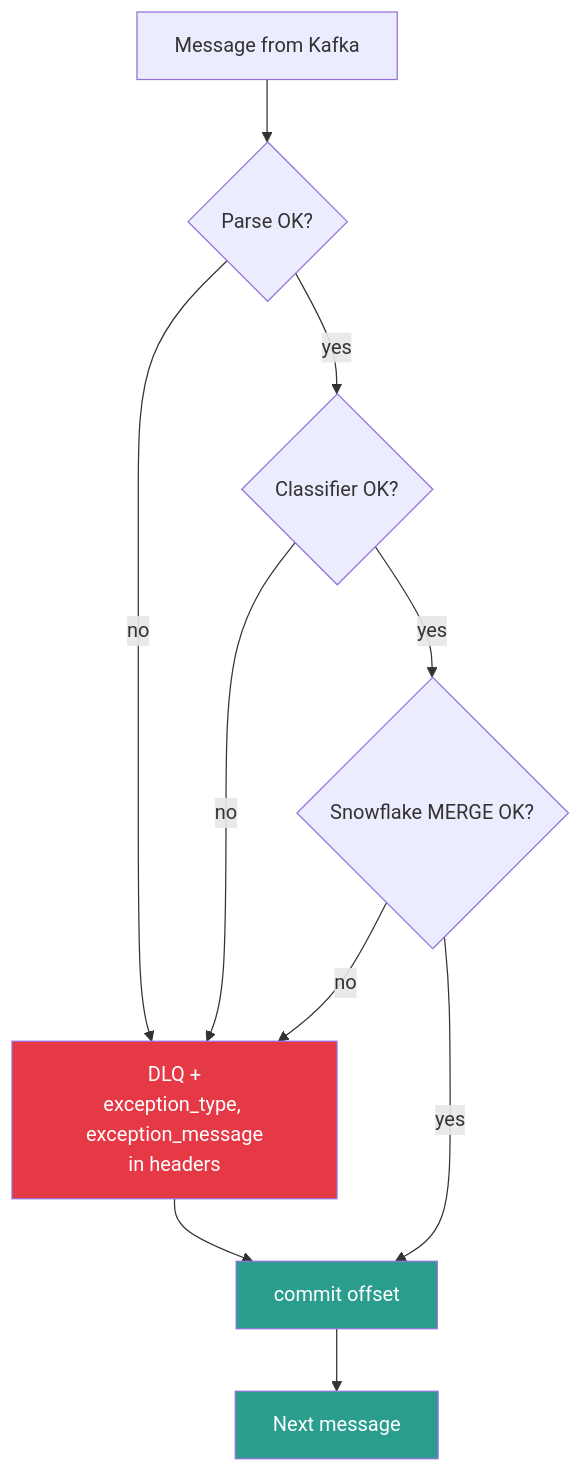
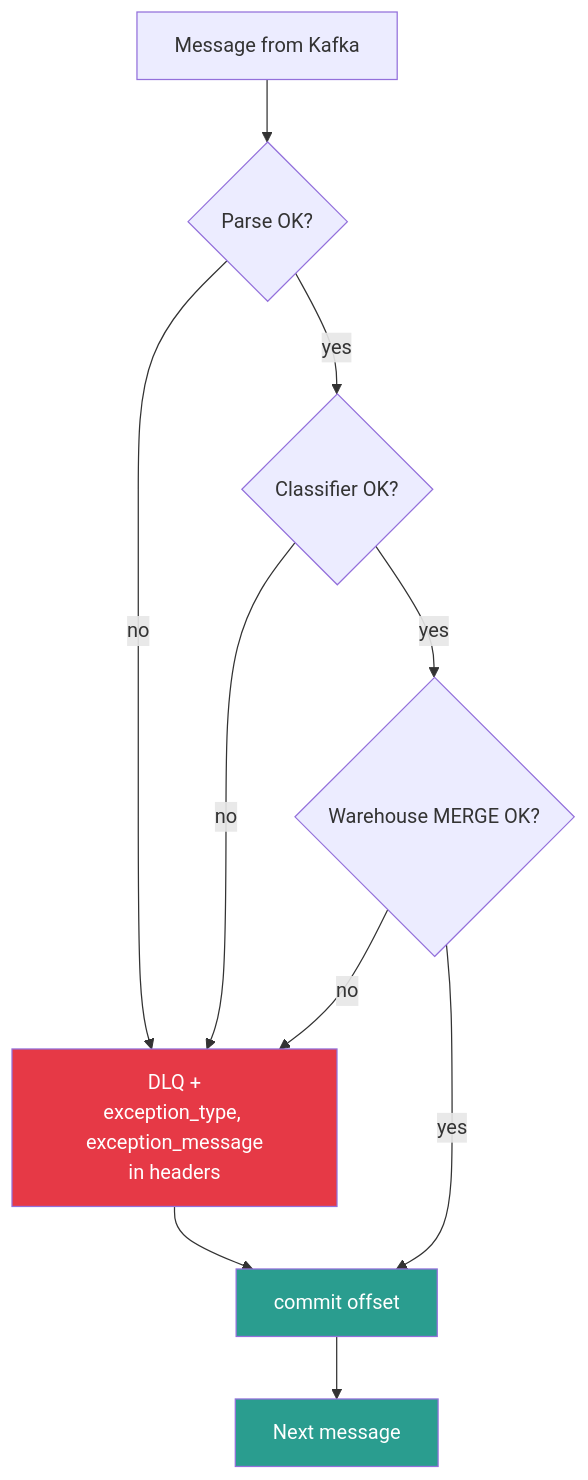
One commit to tjromack/open311-pipeline changed the fourth of 4 diagrams in ARCHITECTURE.md. Above: the diagram before and after it, drawn with Mermaid. The commit also changed other lines of this file and 1 other file, not shown here.

First line of the commit message:
docs: bring ARCHITECTURE and CLAUDE.md to the current system

````diff
--- a/ARCHITECTURE.md
+++ b/ARCHITECTURE.md
@@ -148,17 +177,17 @@
 ```mermaid
 flowchart TB
     M[Message from Kafka] --> P{Parse OK?}
     P -- no --> DLQ[DLQ +<br/>exception_type, exception_message<br/>in headers]
     P -- yes --> CL{Classifier OK?}
     CL -- no --> DLQ
-    CL -- yes --> WH{Snowflake MERGE OK?}
+    CL -- yes --> WH{Warehouse MERGE OK?}
     WH -- no --> DLQ
     WH -- yes --> CMT[commit offset]
     DLQ --> CMT
     CMT --> NXT[Next message]
 
     classDef good fill:#2a9d8f,color:#fff;
     classDef bad fill:#e63946,color:#fff;
     class CMT,NXT good;
     class DLQ bad;
 ```
````
